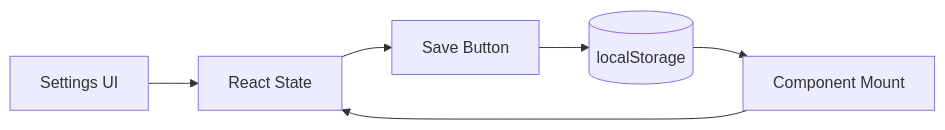
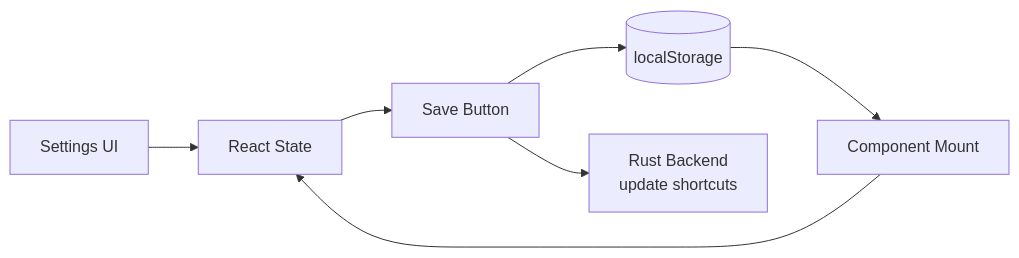
Before and after one commit to RickyDane/gquick: the second of 4 diagrams in arch/data/models.md, drawn with Mermaid. The commit also changed other lines of this file and 39 other files, not shown here.

````diff
--- a/arch/data/models.md
+++ b/arch/data/models.md
@@ -115,8 +179,9 @@
 ```mermaid
 flowchart LR
     UI[Settings UI] --> State[React State]
     State --> Save[Save Button]
     Save --> localStorage[(localStorage)]
+    Save --> Rust[Rust Backend<br/>update shortcuts]
     localStorage --> Load[Component Mount]
     Load --> State
 ```
````
